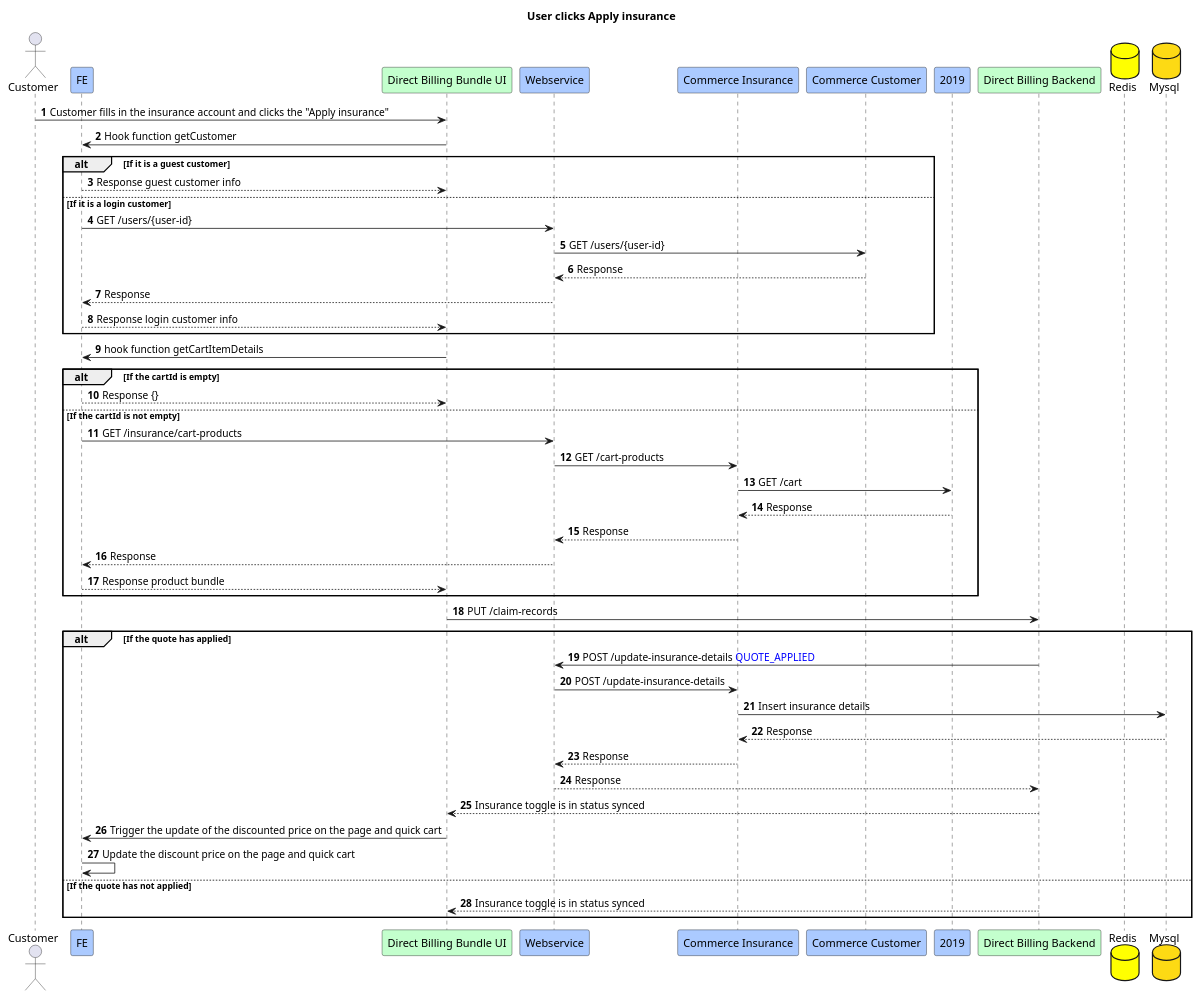
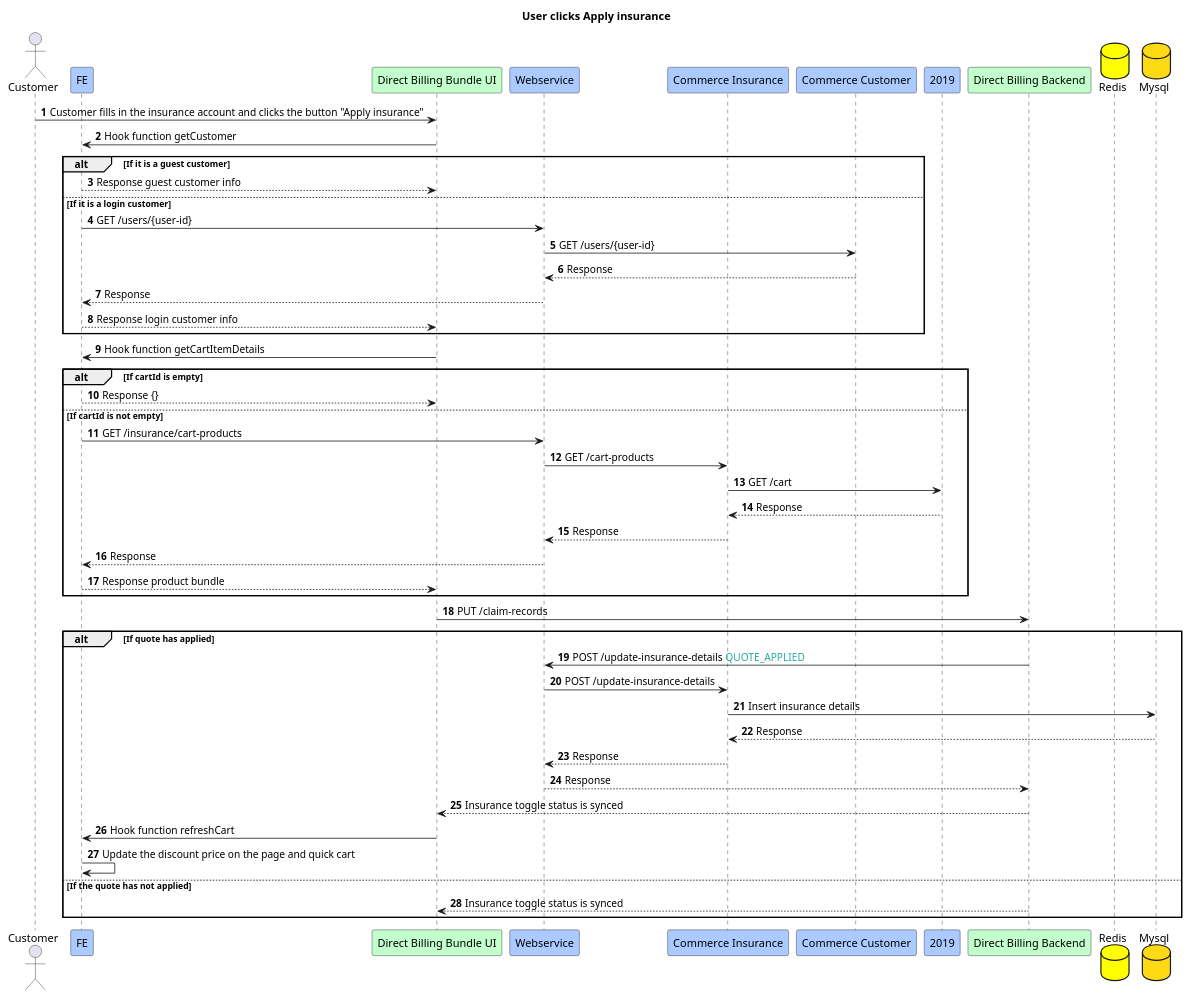
Before and after one commit to Jayounger/EyeMed-Sequence-Diagram: the diagram in 2.Customer clicks Apply insurance in cart page.puml, drawn with PlantUML. The commit also changed 14 other files, not shown here.

Commit message:
update diagram

```diff
--- a/2.Customer clicks Apply insurance in cart page.puml
+++ b/2.Customer clicks Apply insurance in cart page.puml
@@ -1,56 +1,56 @@
 @startuml
 title User clicks Apply insurance
 actor Customer
 participant FE #abcaff
 participant "Direct Billing Bundle UI" #c3ffcd
 participant "Webservice" #abcaff
 participant "Commerce Insurance" #abcaff
 participant "Commerce Customer" #abcaff
 participant "2019" #abcaff
 participant "Direct Billing Backend" #c3ffcd
 database "Redis" #yellow
 database "Mysql" #fdda14
 
 autonumber
-Customer -> "Direct Billing Bundle UI":Customer fills in the insurance account and clicks the "Apply insurance"
+Customer -> "Direct Billing Bundle UI":Customer fills in the insurance account and clicks the button "Apply insurance"
 "Direct Billing Bundle UI" -> FE:Hook function getCustomer
 
 alt If it is a guest customer
     FE --> "Direct Billing Bundle UI":Response guest customer info
 else If it is a login customer
     FE -> "Webservice":GET /users/{user-id}
     "Webservice" -> "Commerce Customer":GET /users/{user-id}
     "Commerce Customer" --> "Webservice":Response
     "Webservice" --> FE:Response
     FE --> "Direct Billing Bundle UI":Response login customer info
 end
 
-"Direct Billing Bundle UI" -> FE:hook function getCartItemDetails
-alt If the cartId is empty
+"Direct Billing Bundle UI" -> FE:Hook function getCartItemDetails
+alt If cartId is empty
     FE --> "Direct Billing Bundle UI":Response {}
-else If the cartId is not empty
+else If cartId is not empty
     FE -> "Webservice":GET /insurance/cart-products
     "Webservice" -> "Commerce Insurance":GET /cart-products
     "Commerce Insurance" -> 2019:GET /cart
     2019 --> "Commerce Insurance":Response
     "Commerce Insurance" --> "Webservice":Response
     "Webservice" --> FE:Response
     FE --> "Direct Billing Bundle UI":Response product bundle
 end
 
 "Direct Billing Bundle UI" -> "Direct Billing Backend": PUT /claim-records
 
-alt If the quote has applied
-    "Direct Billing Backend" -> "Webservice":POST /update-insurance-details <font color=blue>QUOTE_APPLIED
+alt If quote has applied
+    "Direct Billing Backend" -> "Webservice":POST /update-insurance-details <font color=#27ad9a>QUOTE_APPLIED
     "Webservice" -> "Commerce Insurance":POST /update-insurance-details
     "Commerce Insurance" -> "Mysql":Insert insurance details
     "Mysql" --> "Commerce Insurance":Response
     "Commerce Insurance" --> "Webservice":Response
     "Webservice" --> "Direct Billing Backend":Response
-    "Direct Billing Backend" --> "Direct Billing Bundle UI":Insurance toggle is in status synced
-    "Direct Billing Bundle UI" -> FE:Trigger the update of the discounted price on the page and quick cart
+    "Direct Billing Backend" --> "Direct Billing Bundle UI":Insurance toggle status is synced
+    "Direct Billing Bundle UI" -> FE:Hook function refreshCart
     FE -> FE:Update the discount price on the page and quick cart
 else If the quote has not applied
-    "Direct Billing Backend" --> "Direct Billing Bundle UI":Insurance toggle is in status synced
+    "Direct Billing Backend" --> "Direct Billing Bundle UI":Insurance toggle status is synced
 end
 @enduml
```
